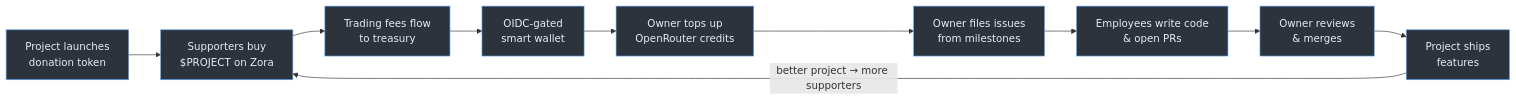
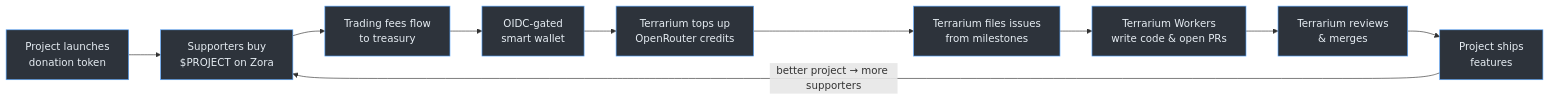
One commit to jbrower95/terrarium changed the diagram in README.md. Above: the diagram before and after it, drawn with Mermaid.

Commit message:
docs: use Terrarium/Terrarium Workers in flywheel diagram

````diff
--- a/README.md
+++ b/README.md
@@ -17,22 +17,22 @@
 ```mermaid
 graph LR
     A["Project launches<br/>donation token"] --> B["Supporters buy<br/>$PROJECT on Zora"]
     B --> C["Trading fees flow<br/>to treasury"]
     C --> D["OIDC-gated<br/>smart wallet"]
-    D --> E["Owner tops up<br/>OpenRouter credits"]
-    E --> F["Owner files issues<br/>from milestones"]
-    F --> G["Employees write code<br/>& open PRs"]
-    G --> H["Owner reviews<br/>& merges"]
+    D --> E["Terrarium tops up<br/>OpenRouter credits"]
+    E --> F["Terrarium files issues<br/>from milestones"]
+    F --> G["Terrarium Workers<br/>write code & open PRs"]
+    G --> H["Terrarium reviews<br/>& merges"]
     H --> I["Project ships<br/>features"]
     I -->|"better project → more supporters"| B
 
     style A fill:#2d333b,stroke:#58a6ff,color:#e6edf3
     style B fill:#2d333b,stroke:#58a6ff,color:#e6edf3
     style C fill:#2d333b,stroke:#58a6ff,color:#e6edf3
     style D fill:#2d333b,stroke:#58a6ff,color:#e6edf3
     style E fill:#2d333b,stroke:#58a6ff,color:#e6edf3
     style F fill:#2d333b,stroke:#58a6ff,color:#e6edf3
     style G fill:#2d333b,stroke:#58a6ff,color:#e6edf3
     style H fill:#2d333b,stroke:#58a6ff,color:#e6edf3
     style I fill:#2d333b,stroke:#58a6ff,color:#e6edf3
 ```
````
